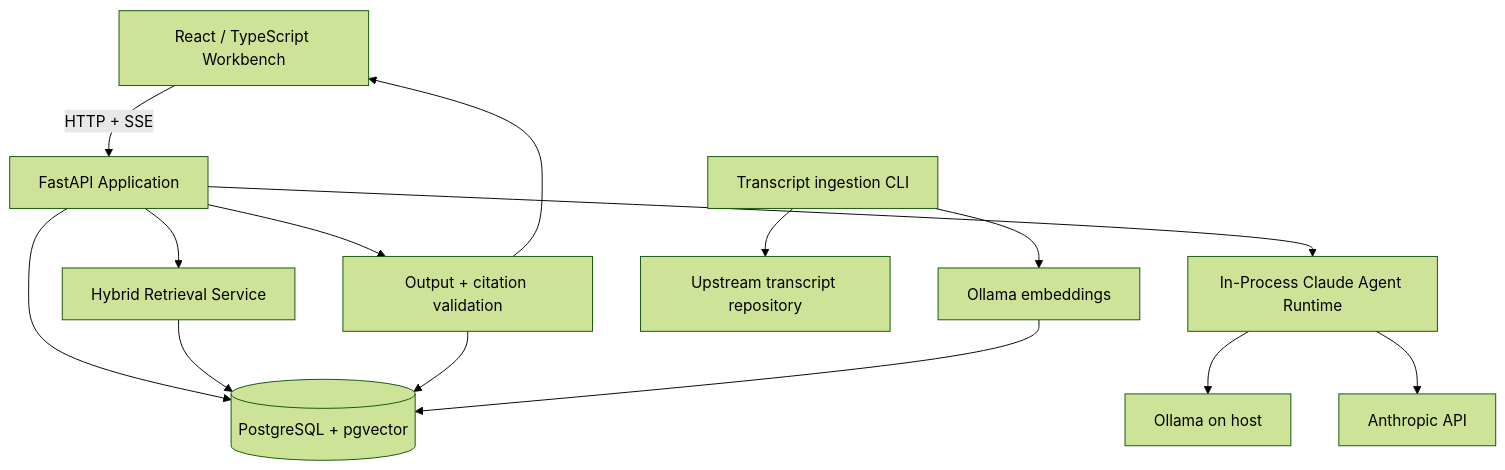
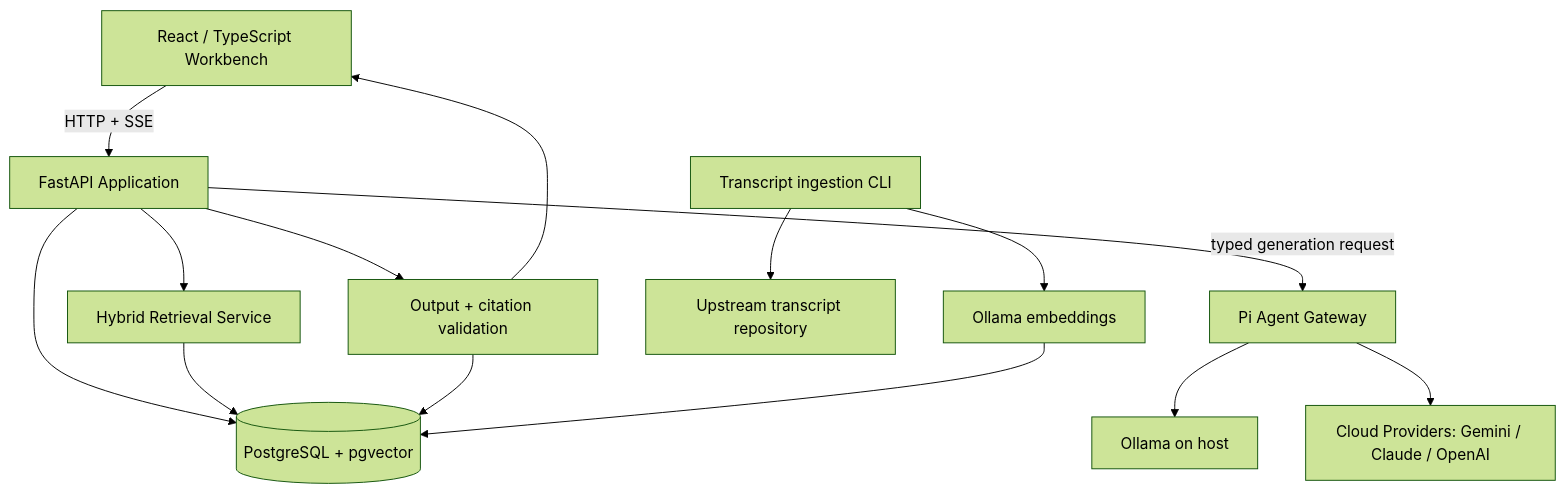
The diagram in IMPLEMENTATION_SPEC.md (imshreyaskn/kestrel), drawn with Mermaid (forest theme) before and after one commit. The commit also changed other lines of this file and 4 other files, not shown here.

Commit message:
docs(adr): lock Pi Coding Agent SDK multi-provider architecture (Gemini, Claude, OpenAI, Ollama)

````diff
--- a/IMPLEMENTATION_SPEC.md
+++ b/IMPLEMENTATION_SPEC.md
@@ -203,16 +210,16 @@
 ```mermaid
 flowchart TD
   UI[React / TypeScript Workbench] -->|HTTP + SSE| API[FastAPI Application]
   API --> DB[(PostgreSQL + pgvector)]
   API --> RET[Hybrid Retrieval Service]
   RET --> DB
-  API --> AG[In-Process Claude Agent Runtime]
+  API -->|typed generation request| AG[Pi Agent Gateway]
   AG --> LOCAL[Ollama on host]
-  AG --> CLOUD[Anthropic API]
+  AG --> CLOUD[Cloud Providers: Gemini / Claude / OpenAI]
   API --> VALID[Output + citation validation]
   VALID --> DB
   VALID --> UI
   ING[Transcript ingestion CLI] --> SRC[Upstream transcript repository]
   ING --> EMB[Ollama embeddings]
   EMB --> DB
 ```
````
